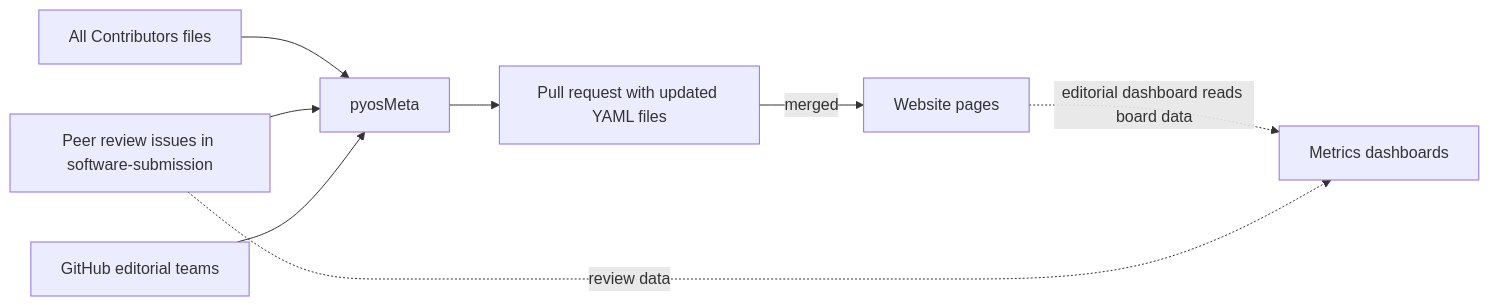
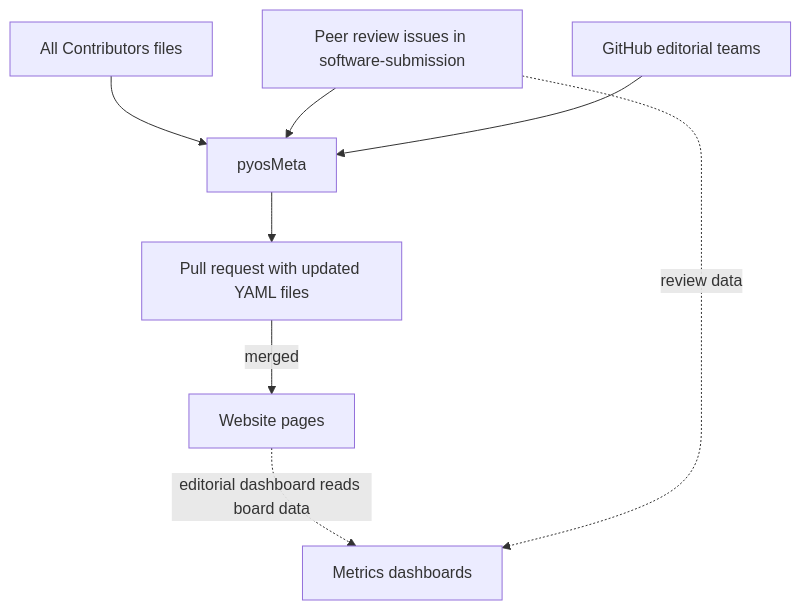
One commit to pyOpenSci/handbook changed the diagram in community/infrastructure/intro.md. Above: the diagram before and after it, drawn with Mermaid. The commit also changed other lines of this file and 2 other files, not shown here.

```diff
--- a/community/infrastructure/intro.md
+++ b/community/infrastructure/intro.md
@@ -71,10 +74,10 @@
 :::{mermaid}
-flowchart LR
+flowchart TD
   Contrib[All Contributors files] --> Meta[pyosMeta]
   Issues[Peer review issues in software-submission] --> Meta
   Teams[GitHub editorial teams] --> Meta
   Meta --> PR[Pull request with updated YAML files]
   PR -->|merged| Website[Website pages]
   Website -.->|editorial dashboard reads board data| Metrics[Metrics dashboards]
   Issues -.->|review data| Metrics
 :::
```
